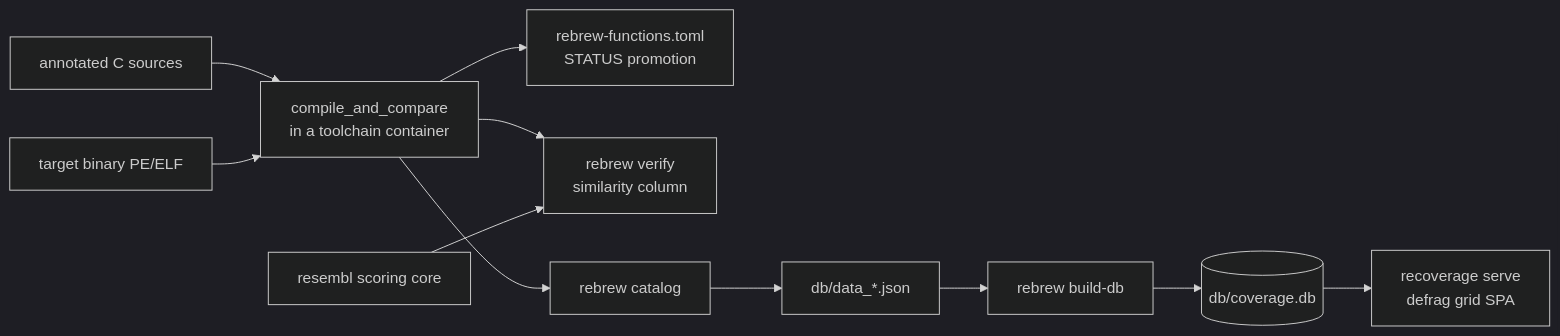
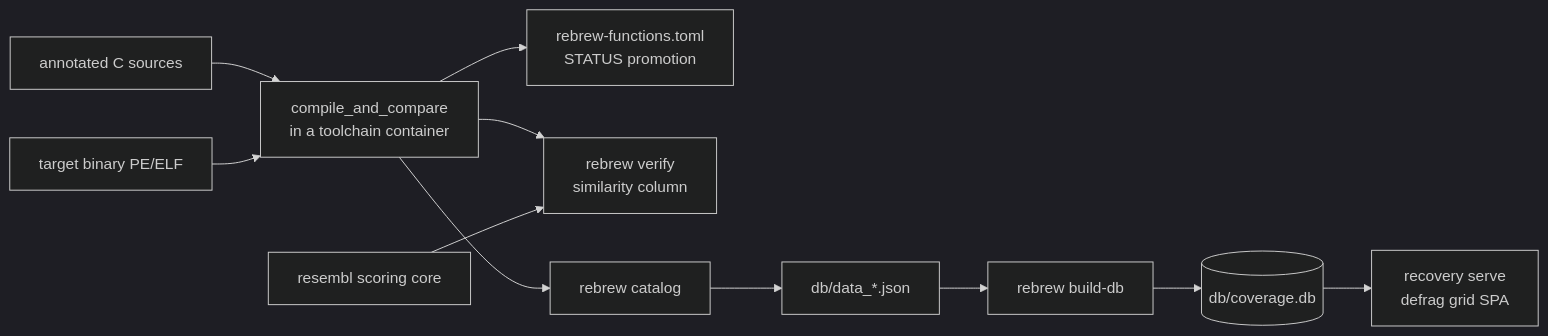
One commit to maci0/rebrew changed the third of 3 diagrams in docs/ECOSYSTEM.md. Above: the diagram before and after it, drawn with Mermaid (dark theme). The commit also changed other lines of this file and 30 other files, not shown here.

````diff
--- a/docs/ECOSYSTEM.md
+++ b/docs/ECOSYSTEM.md
@@ -324,13 +324,13 @@
 ```mermaid
 flowchart LR
     SRC["annotated C sources"] --> CMP["compile_and_compare<br/>in a toolchain container"]
     BIN["target binary PE/ELF"] --> CMP
     CMP --> MET["rebrew-functions.toml<br/>STATUS promotion"]
     CMP --> VFY["rebrew verify<br/>similarity column"]
     RES["resembl scoring core"] --> VFY
     CMP --> CAT["rebrew catalog"]
     CAT --> JSON["db/data_*.json"]
     JSON --> BDB["rebrew build-db"]
     BDB --> DB[("db/coverage.db")]
-    DB --> DASH["recoverage serve<br/>defrag grid SPA"]
+    DB --> DASH["recovery serve<br/>defrag grid SPA"]
 ```
````
